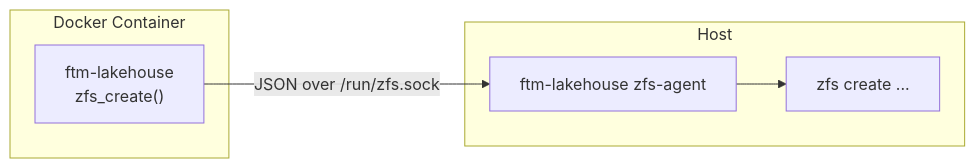
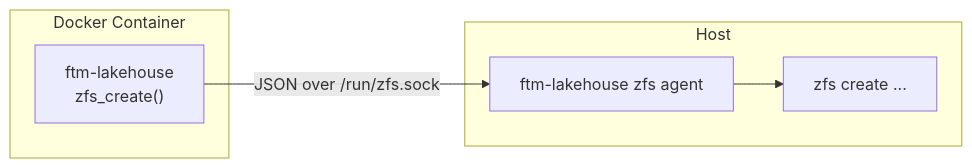
The diagram in docs/deployment/zfs.md (openaleph/ftm-lakehouse), drawn with Mermaid before and after one commit. The commit also changed other lines of this file and 37 other files, not shown here.

````diff
--- a/docs/deployment/zfs.md
+++ b/docs/deployment/zfs.md
@@ -44,14 +44,14 @@
 ```mermaid
 flowchart LR
     subgraph container["Docker Container"]
         app["ftm-lakehouse<br/>zfs_create()"]
     end
 
     subgraph host["Host"]
-        agent["ftm-lakehouse zfs-agent"]
+        agent["ftm-lakehouse zfs agent"]
         zfs["zfs create ..."]
         agent --> zfs
     end
 
     app -- "JSON over /run/zfs.sock" --> agent
 ```
````
